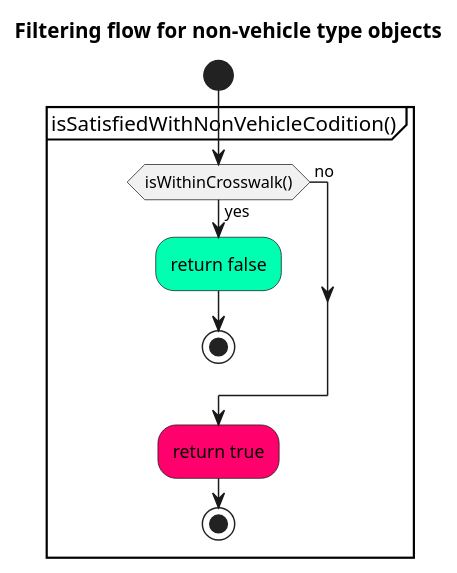
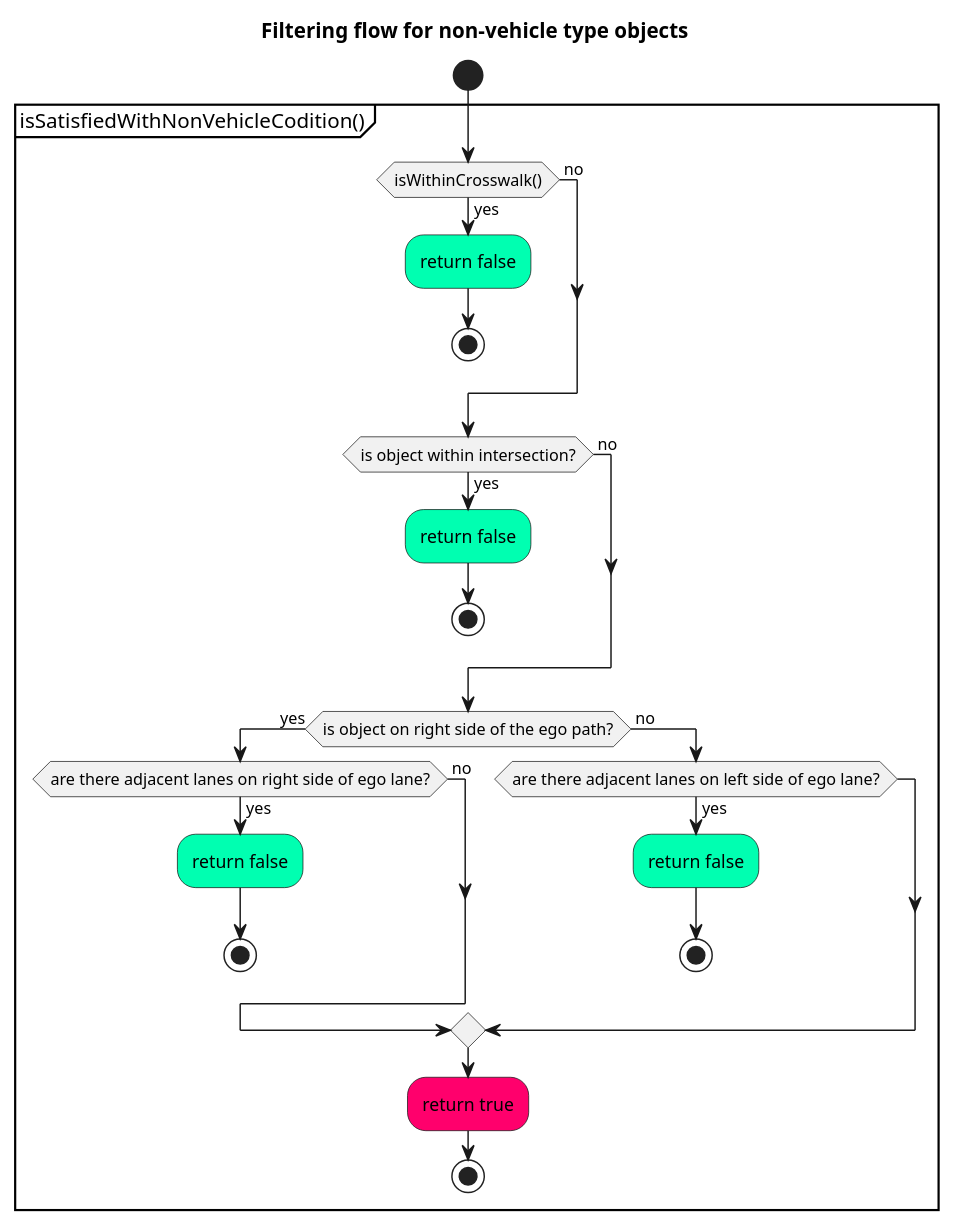
One commit to autowarefoundation/autoware.universe changed the eighth of 9 diagrams in planning/behavior_path_planner/autoware_behavior_path_static_obstacle_avoidance_module/README.md. Above: the diagram before and after it, drawn with PlantUML.

Commit message:
docs(static_obstacle_avoidance): update flowchart

````diff
--- a/planning/behavior_path_planner/autoware_behavior_path_static_obstacle_avoidance_module/README.md
+++ b/planning/behavior_path_planner/autoware_behavior_path_static_obstacle_avoidance_module/README.md
@@ -648,20 +648,40 @@
 ```plantuml
 @startuml
 skinparam defaultTextAlignment center
 skinparam noteTextAlignment left
 
 title Filtering flow for non-vehicle type objects
 start
 
 partition isSatisfiedWithNonVehicleCodition() {
 if(isWithinCrosswalk()) then (yes)
 #00FFB1 :return false;
 stop
 else (\n no)
 endif
+
+if(is object within intersection?) then (yes)
+#00FFB1 :return false;
+stop
+else (\n no)
+endif
+
+if(is object on right side of the ego path?) then (yes)
+if(are there adjacent lanes on right side of ego lane?) then (yes)
+#00FFB1 :return false;
+stop
+else (\n no)
+endif
+else (\n no)
+if(are there adjacent lanes on left side of ego lane?) then (yes)
+#00FFB1 :return false;
+stop
+endif
+endif
+
 #FF006C :return true;
 stop
 }
 
 @enduml
 ```
````
